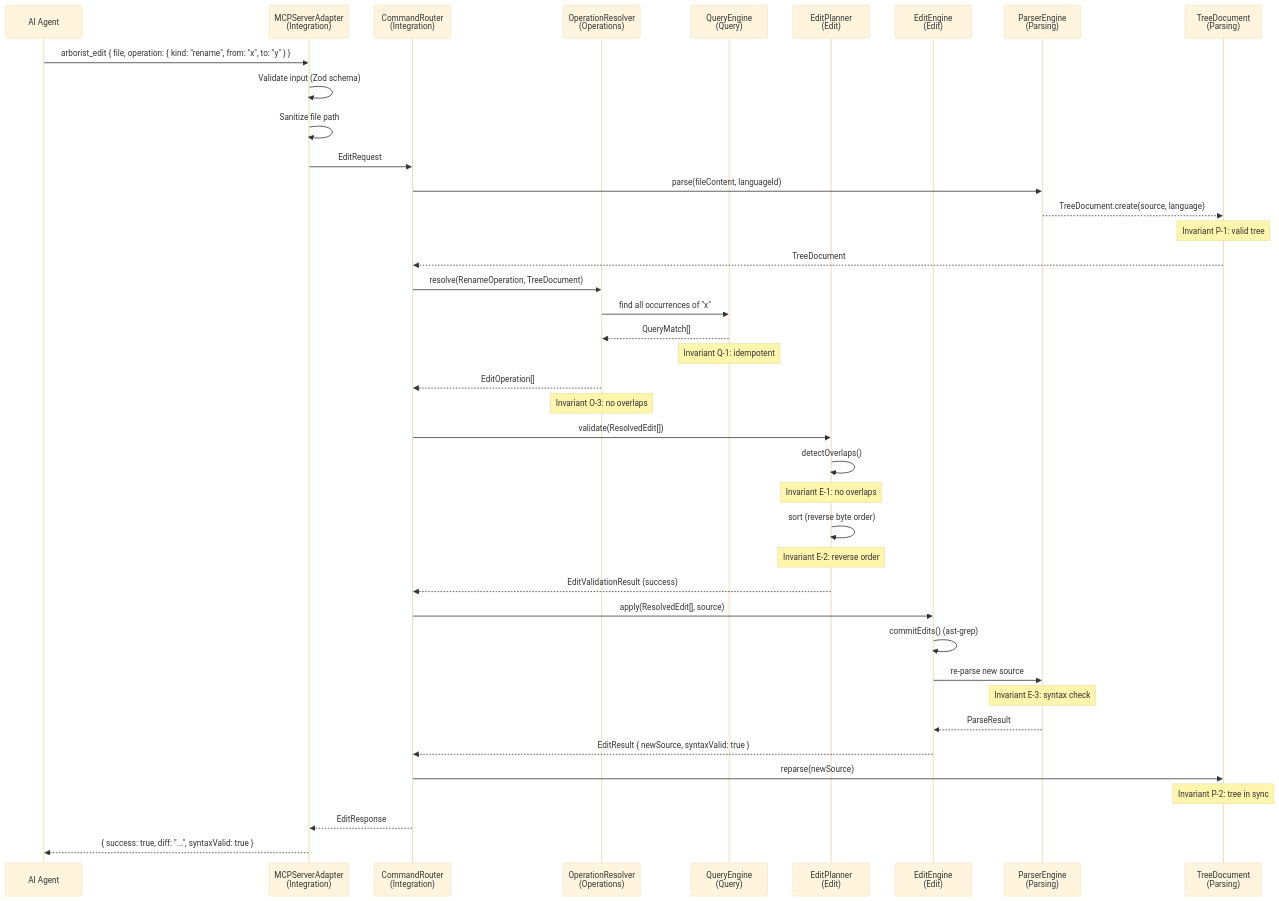
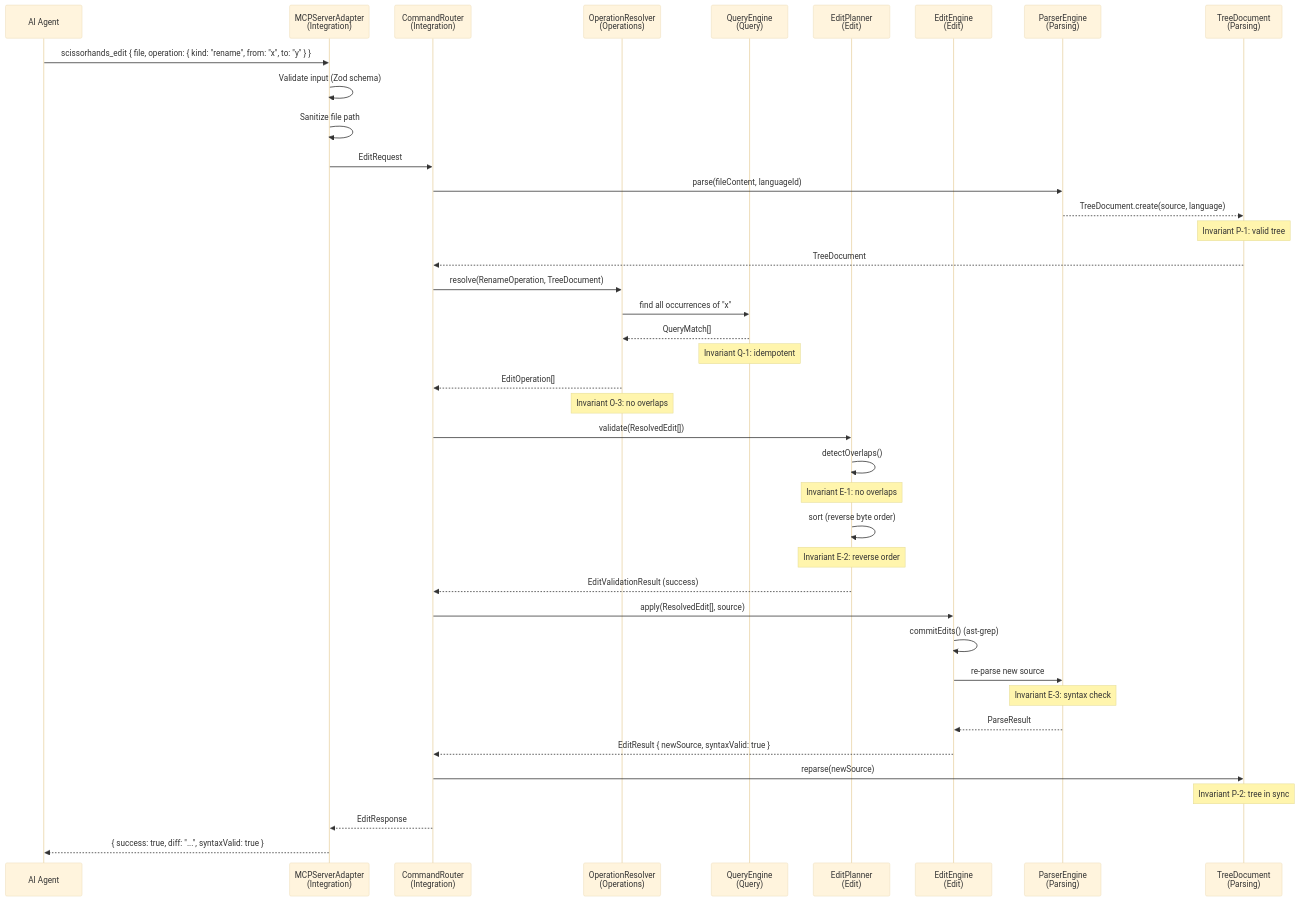
The third of 3 diagrams in docs/DDD.md (btsomogyi/arborist), drawn with Mermaid (base theme) before and after one commit. The commit also changed other lines of this file and 36 other files, not shown here.

First line of the commit message:
Rename project from arborist to scissorhands for npm publishing

````diff
--- a/docs/DDD.md
+++ b/docs/DDD.md
@@ -881,49 +881,49 @@
 ```mermaid
 sequenceDiagram
     participant Agent as AI Agent
     participant MCP as MCPServerAdapter<br/>(Integration)
     participant Router as CommandRouter<br/>(Integration)
     participant OpRes as OperationResolver<br/>(Operations)
     participant QE as QueryEngine<br/>(Query)
     participant EP as EditPlanner<br/>(Edit)
     participant EE as EditEngine<br/>(Edit)
     participant PE as ParserEngine<br/>(Parsing)
     participant TD as TreeDocument<br/>(Parsing)
 
-    Agent->>MCP: arborist_edit { file, operation: { kind: "rename", from: "x", to: "y" } }
+    Agent->>MCP: scissorhands_edit { file, operation: { kind: "rename", from: "x", to: "y" } }
     MCP->>MCP: Validate input (Zod schema)
     MCP->>MCP: Sanitize file path
     MCP->>Router: EditRequest
 
     Router->>PE: parse(fileContent, languageId)
     PE-->>TD: TreeDocument.create(source, language)
     Note over TD: Invariant P-1: valid tree
     TD-->>Router: TreeDocument
 
     Router->>OpRes: resolve(RenameOperation, TreeDocument)
     OpRes->>QE: find all occurrences of "x"
     QE-->>OpRes: QueryMatch[]
     Note over QE: Invariant Q-1: idempotent
     OpRes-->>Router: EditOperation[]
     Note over OpRes: Invariant O-3: no overlaps
 
     Router->>EP: validate(ResolvedEdit[])
     EP->>EP: detectOverlaps()
     Note over EP: Invariant E-1: no overlaps
     EP->>EP: sort (reverse byte order)
     Note over EP: Invariant E-2: reverse order
     EP-->>Router: EditValidationResult (success)
 
     Router->>EE: apply(ResolvedEdit[], source)
     EE->>EE: commitEdits() (ast-grep)
     EE->>PE: re-parse new source
     Note over PE: Invariant E-3: syntax check
     PE-->>EE: ParseResult
     EE-->>Router: EditResult { newSource, syntaxValid: true }
 
     Router->>TD: reparse(newSource)
     Note over TD: Invariant P-2: tree in sync
 
     Router-->>MCP: EditResponse
     MCP-->>Agent: { success: true, diff: "...", syntaxValid: true }
 ```
````
